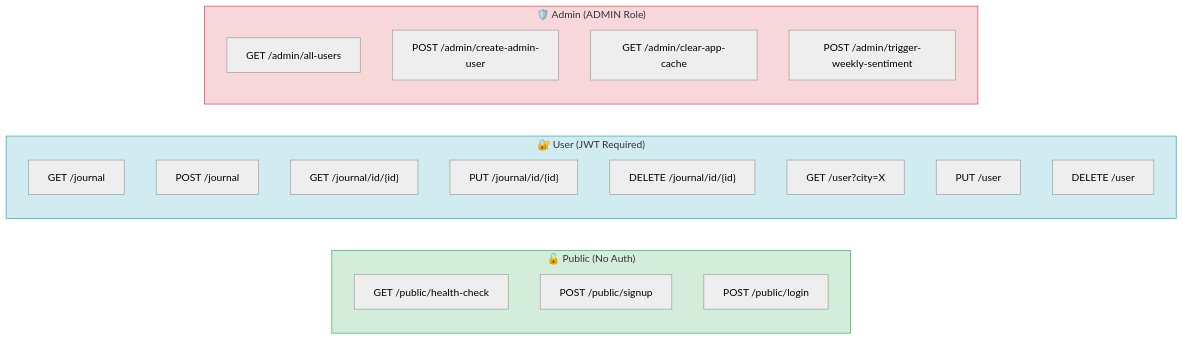
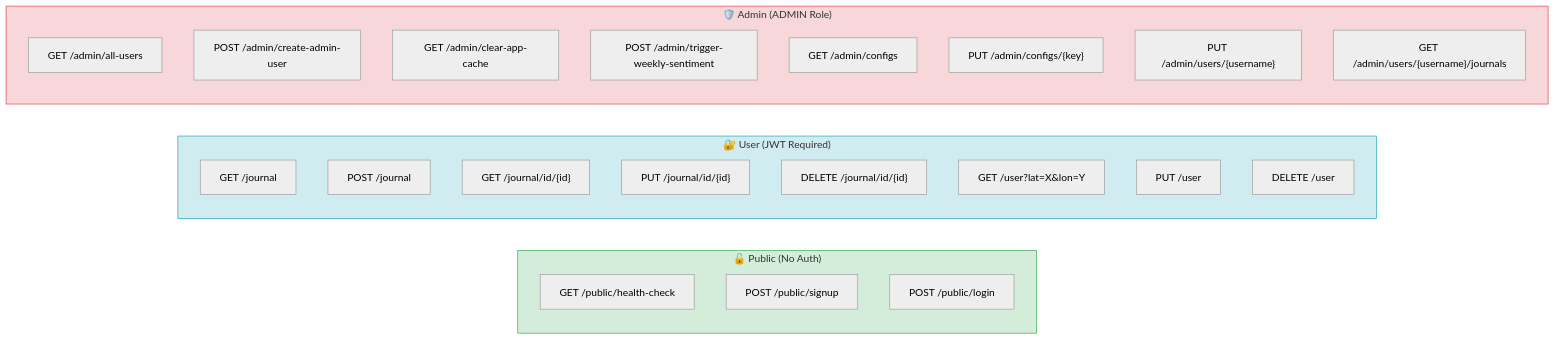
One commit to trishal13/journalApp changed the seventh of 7 diagrams in JournalApp_FlowChart.md. Above: the diagram before and after it, drawn with Mermaid (neutral theme). The commit also changed other lines of this file and 12 other files, not shown here.

Commit message:
updated unit test cases and hld, lld, flowchart and postman collection

````diff
--- a/JournalApp_FlowChart.md
+++ b/JournalApp_FlowChart.md
@@ -261,30 +261,34 @@
 ```mermaid
 graph LR
     subgraph Public["🔓 Public (No Auth)"]
         HC["GET /public/health-check"]
         SU["POST /public/signup"]
         LI["POST /public/login"]
     end
 
     subgraph User["🔐 User (JWT Required)"]
         JList["GET /journal"]
         JCreate["POST /journal"]
         JGet["GET /journal/id/{id}"]
         JUpdate["PUT /journal/id/{id}"]
         JDelete["DELETE /journal/id/{id}"]
-        UGreet["GET /user?city=X"]
+        UGreet["GET /user?lat=X&lon=Y"]
         UUpdate["PUT /user"]
         UDelete["DELETE /user"]
     end
 
     subgraph Admin["🛡️ Admin (ADMIN Role)"]
         AUsers["GET /admin/all-users"]
         ACreate["POST /admin/create-admin-user"]
         ACache["GET /admin/clear-app-cache"]
         ASentiment["POST /admin/trigger-weekly-sentiment"]
+        AConfigs["GET /admin/configs"]
+        AConfigUpdate["PUT /admin/configs/{key}"]
+        AUserUpdate["PUT /admin/users/{username}"]
+        AUserJournals["GET /admin/users/{username}/journals"]
     end
 
     style Public fill:#d4edda,stroke:#28a745
     style User fill:#d1ecf1,stroke:#17a2b8
     style Admin fill:#f8d7da,stroke:#dc3545
 ```
````
